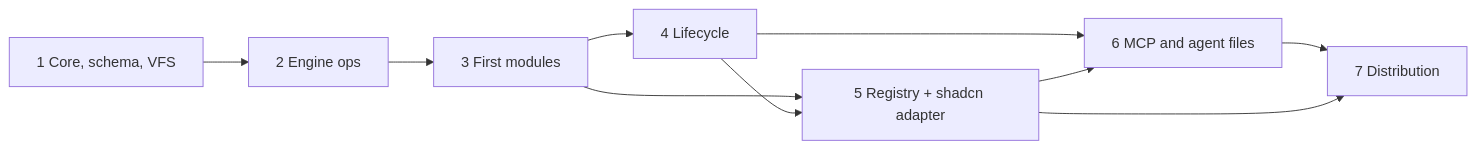
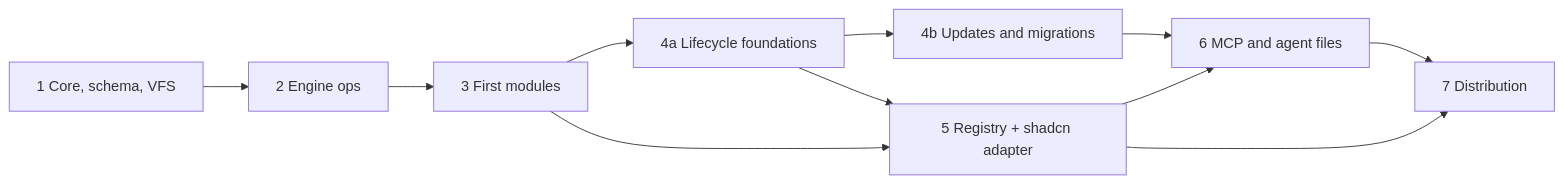
Before and after one commit to andryorelabs/aokit: the diagram in docs/roadmap.md, drawn with Mermaid. The commit also changed other lines of this file and 17 other files, not shown here.

````diff
--- a/docs/roadmap.md
+++ b/docs/roadmap.md
@@ -7,12 +7,13 @@
 ```mermaid
 flowchart LR
   P1[1 Core, schema, VFS] --> P2[2 Engine ops]
   P2 --> P3[3 First modules]
-  P3 --> P4[4 Lifecycle]
+  P3 --> P4A[4a Lifecycle foundations]
+  P4A --> P4B[4b Updates and migrations]
   P3 --> P5[5 Registry + shadcn adapter]
-  P4 --> P5
-  P4 --> P6[6 MCP and agent files]
+  P4A --> P5
+  P4B --> P6[6 MCP and agent files]
   P5 --> P6
   P6 --> P7[7 Distribution]
   P5 --> P7
 ```
````
